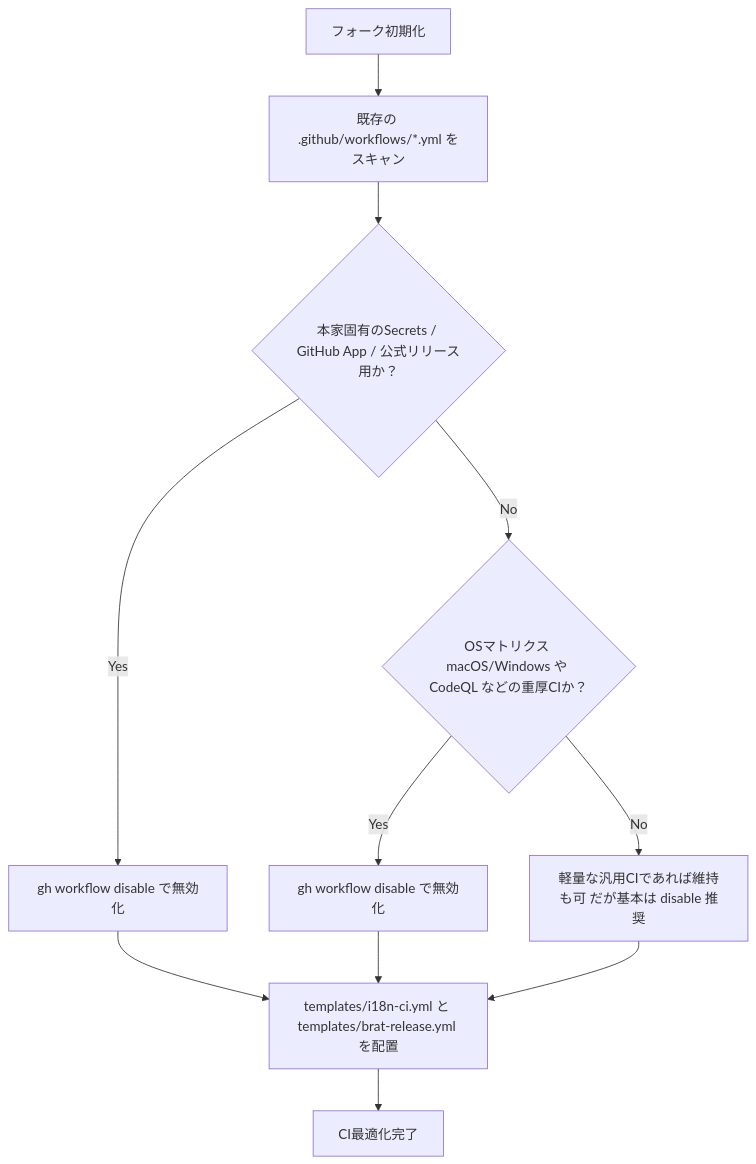
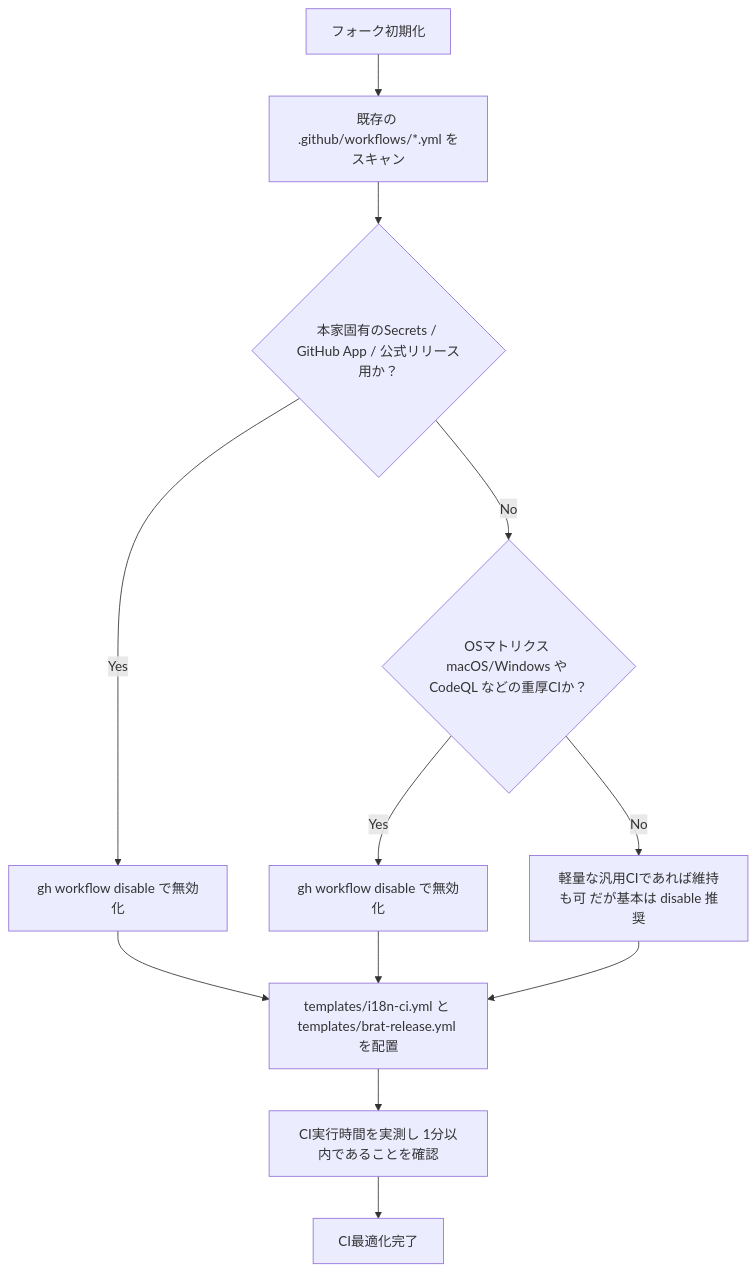
The diagram in docs/ci-workflow-guidelines.md (GennoBou/obsidian-i18n-ops), drawn with Mermaid before and after one commit. The commit also changed other lines of this file and 3 other files, not shown here.

````diff
--- a/docs/ci-workflow-guidelines.md
+++ b/docs/ci-workflow-guidelines.md
@@ -50,13 +90,14 @@
 ```mermaid
 flowchart TD
     Start[フォーク初期化] --> Scan[既存の .github/workflows/*.yml をスキャン]
     Scan --> Check1{本家固有のSecrets / GitHub App / 公式リリース用か？}
     Check1 -- Yes --> Dis1[gh workflow disable で無効化]
     Check1 -- No --> Check2{OSマトリクス macOS/Windows や CodeQL などの重厚CIか？}
     Check2 -- Yes --> Dis2[gh workflow disable で無効化]
     Check2 -- No --> Keep[軽量な汎用CIであれば維持も可 だが基本は disable 推奨]
     Dis1 --> Deploy
     Dis2 --> Deploy
     Keep --> Deploy[templates/i18n-ci.yml と templates/brat-release.yml を配置]
-    Deploy --> End[CI最適化完了]
+    Deploy --> Measure[CI実行時間を実測し 1分以内であることを確認]
+    Measure --> End[CI最適化完了]
 ```
````
